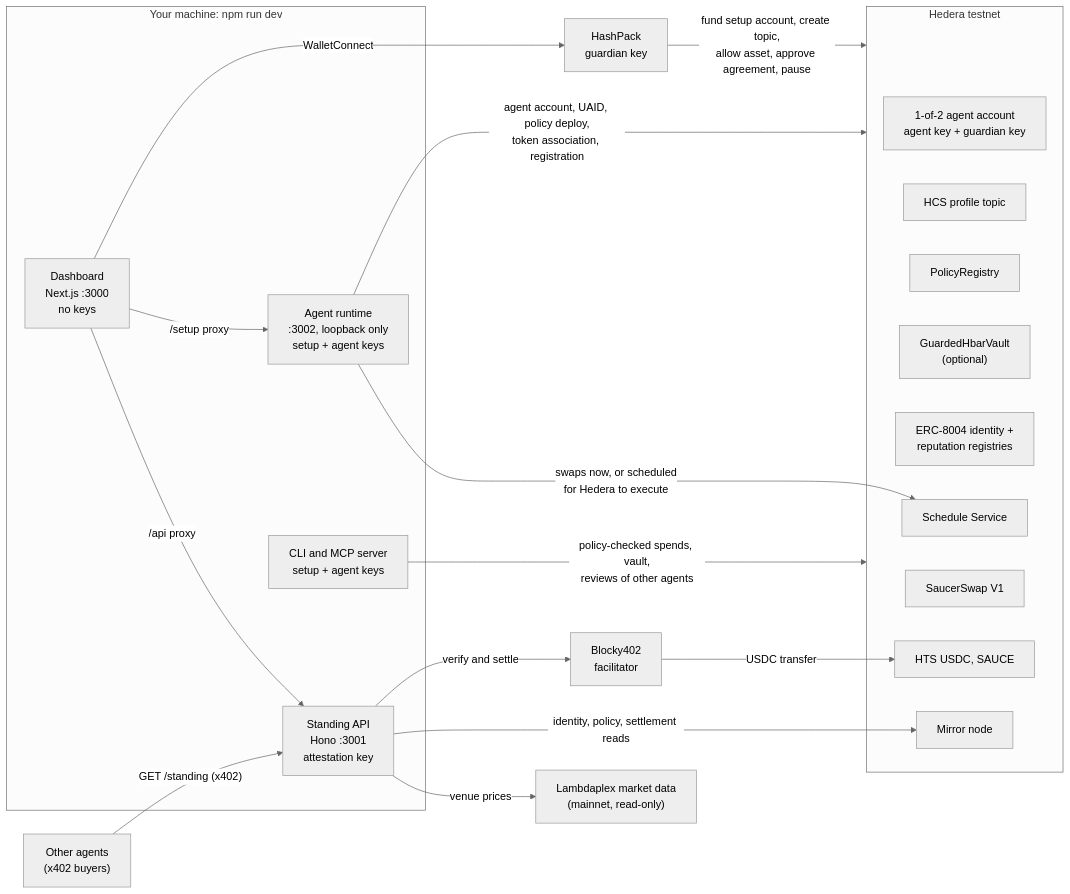
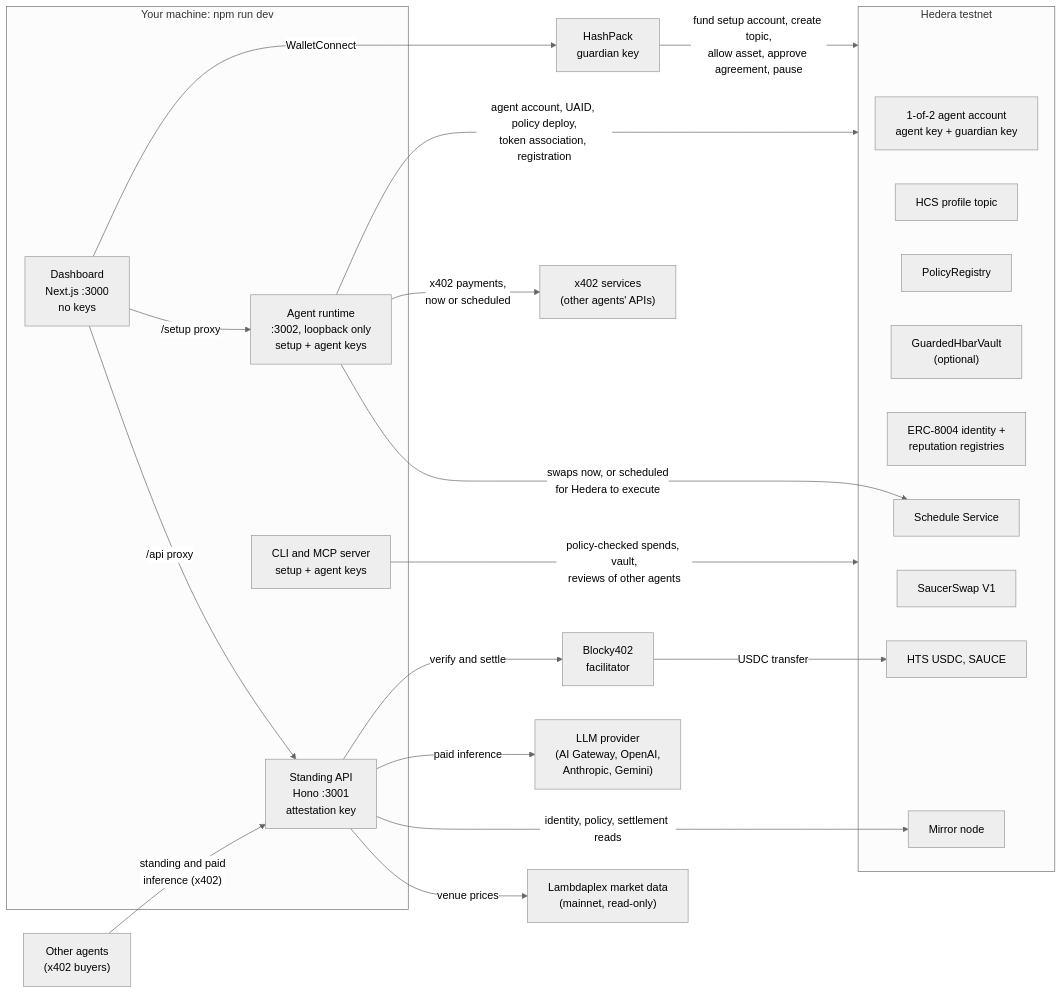
Before and after one commit to i-mwangi/Agent-leash: the first of 2 diagrams in README.md, drawn with Mermaid (neutral theme). The commit also changed other lines of this file and 1 other file, not shown here.

````diff
--- a/README.md
+++ b/README.md
@@ -132,37 +133,41 @@
 ```mermaid
 flowchart LR
   subgraph local["Your machine: npm run dev"]
     UI["Dashboard<br/>Next.js :3000<br/>no keys"]
     API["Standing API<br/>Hono :3001<br/>attestation key"]
     RT["Agent runtime<br/>:3002, loopback only<br/>setup + agent keys"]
     CLI["CLI and MCP server<br/>setup + agent keys"]
   end
   HP["HashPack<br/>guardian key"]
   BUY["Other agents<br/>(x402 buyers)"]
   FAC["Blocky402<br/>facilitator"]
   subgraph hedera["Hedera testnet"]
     ACC["1-of-2 agent account<br/>agent key + guardian key"]
     HCS["HCS profile topic"]
     POL["PolicyRegistry"]
     VAULT["GuardedHbarVault<br/>(optional)"]
     REG["ERC-8004 identity +<br/>reputation registries"]
     HTS["HTS USDC, SAUCE"]
     DEX["SaucerSwap V1"]
     HSS["Schedule Service"]
     MIR["Mirror node"]
   end
   LPX["Lambdaplex market data<br/>(mainnet, read-only)"]
+  LLM["LLM provider<br/>(AI Gateway, OpenAI,<br/>Anthropic, Gemini)"]
+  SVC["x402 services<br/>(other agents' APIs)"]
 
   UI -- "/api proxy" --> API
   UI -- "/setup proxy" --> RT
   UI -- "WalletConnect" --> HP
   HP -- "fund setup account, create topic,<br/>allow asset, approve agreement, pause" --> hedera
   RT -- "agent account, UAID, policy deploy,<br/>token association, registration" --> hedera
   CLI -- "policy-checked spends, vault,<br/>reviews of other agents" --> hedera
   RT -- "swaps now, or scheduled<br/>for Hedera to execute" --> HSS
   API -- "venue prices" --> LPX
   API -- "identity, policy, settlement reads" --> MIR
-  BUY -- "GET /standing (x402)" --> API
+  BUY -- "standing and paid<br/>inference (x402)" --> API
+  API -- "paid inference" --> LLM
+  RT -- "x402 payments,<br/>now or scheduled" --> SVC
   API -- "verify and settle" --> FAC
   FAC -- "USDC transfer" --> HTS
 ```
````
